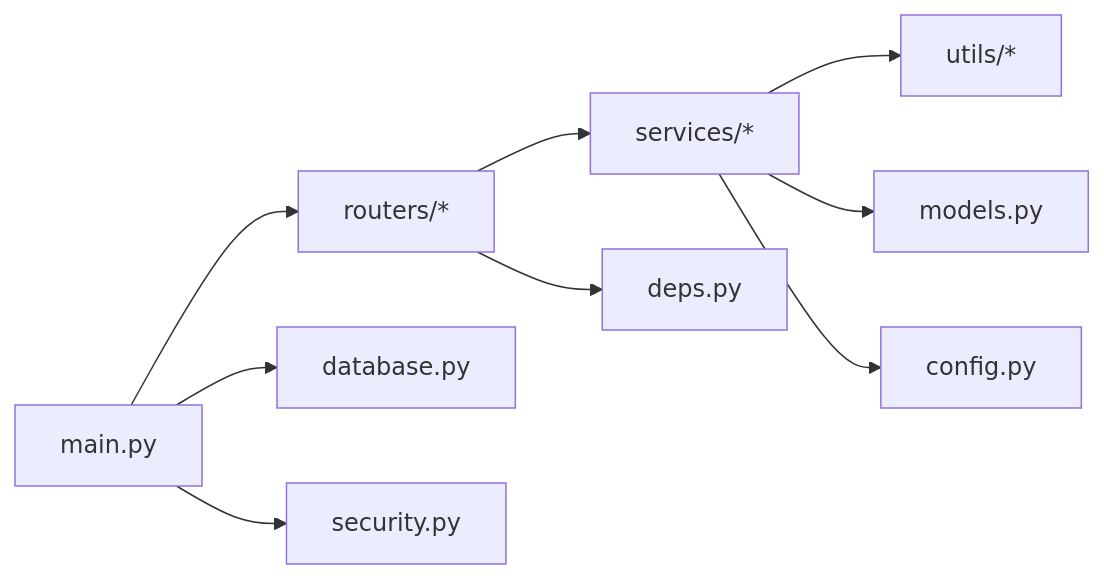
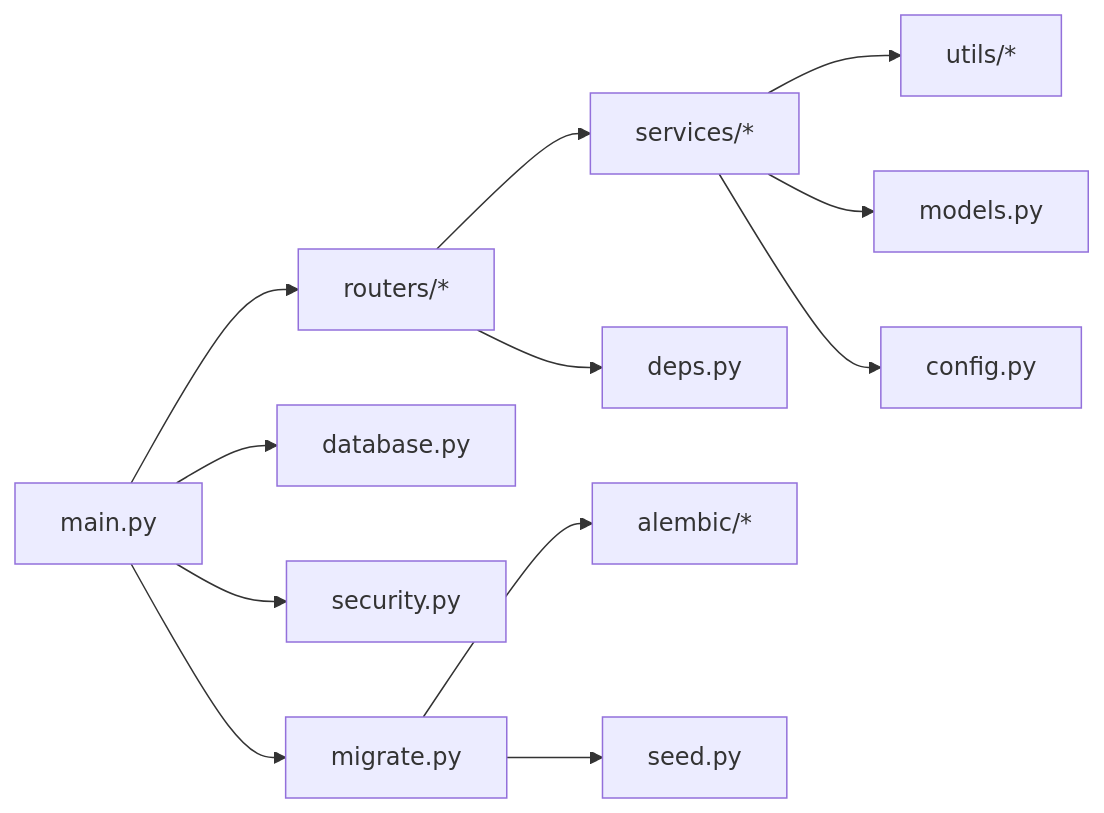
One commit to onebody/homework changed the eighth of 8 diagrams in .qoder/repowiki/zh/content/部署与运维指南/部署与运维指南.md. Above: the diagram before and after it, drawn with Mermaid. The commit also changed other lines of this file and 9 other files, not shown here.

````diff
--- a/.qoder/repowiki/zh/content/部署与运维指南/部署与运维指南.md
+++ b/.qoder/repowiki/zh/content/部署与运维指南/部署与运维指南.md
@@ -359,11 +583,14 @@
 ```mermaid
 graph LR
 Main["main.py"] --> Routers["routers/*"]
 Routers --> Services["services/*"]
 Services --> Utils["utils/*"]
 Services --> Models["models.py"]
 Services --> Config["config.py"]
 Main --> Database["database.py"]
 Main --> Security["security.py"]
 Routers --> Deps["deps.py"]
+Main --> Migrate["migrate.py"]
+Migrate --> Alembic["alembic/*"]
+Migrate --> Seed["seed.py"]
 ```
````
